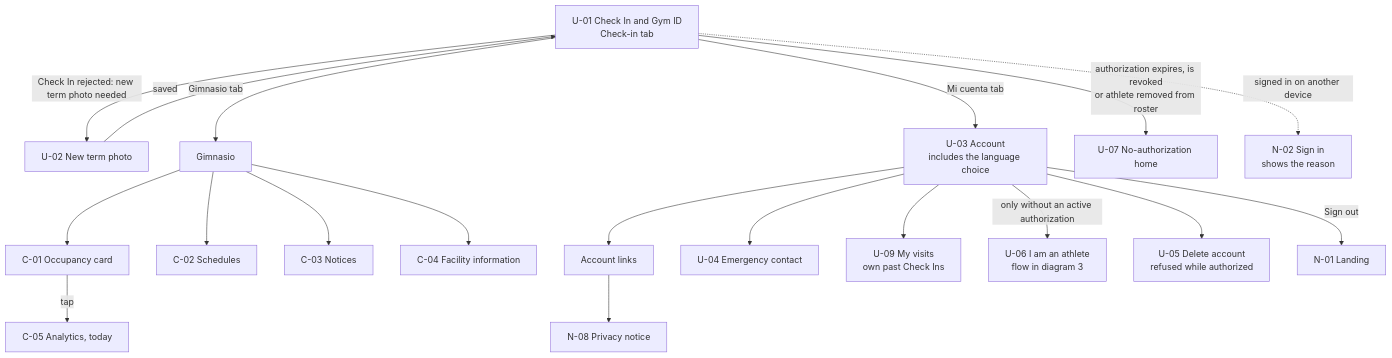
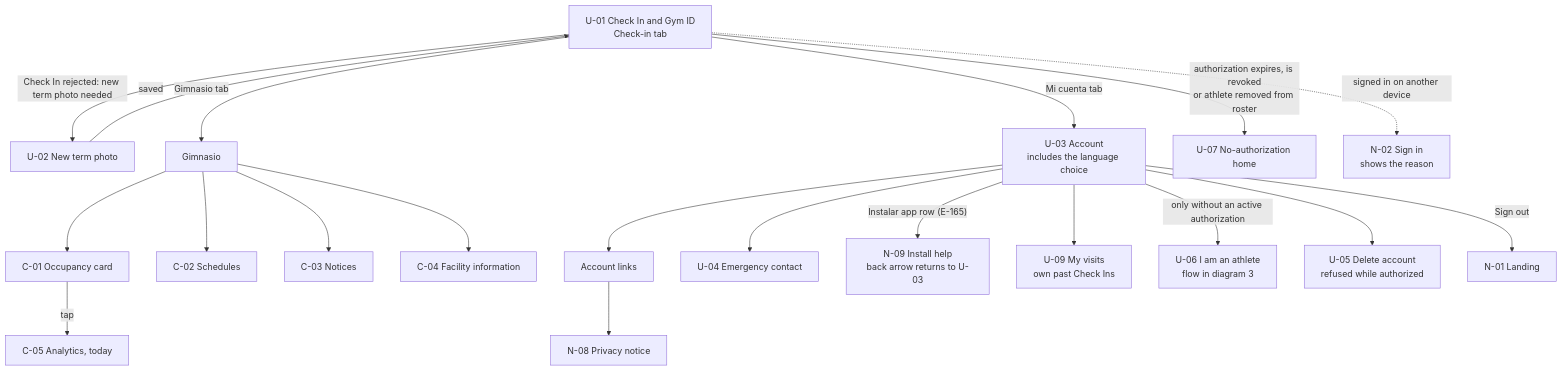
Before and after one commit to Th3-Minorities/natatorio-gym-app: the second of 7 diagrams in docs/design/screen-map.md, drawn with Mermaid. The commit also changed other lines of this file and 8 other files, not shown here.

Commit message:
Open N-09 from the Instalar app row in Mi cuenta as Figma draws it, and correct E-165, which said no menu links to N-09

````diff
--- a/docs/design/screen-map.md
+++ b/docs/design/screen-map.md
@@ -52,22 +52,23 @@
 ```mermaid
 flowchart TD
   U01["U-01 Check In and Gym ID<br/>Check-in tab"]
   U01 -->|"Check In rejected: new term photo needed"| U02["U-02 New term photo"]
   U02 -->|"saved"| U01
   U01 -->|"Gimnasio tab"| GYM["Gimnasio"]
   GYM --> C01["C-01 Occupancy card"]
   C01 -->|"tap"| C05["C-05 Analytics, today"]
   GYM --> C02["C-02 Schedules"]
   GYM --> C03["C-03 Notices"]
   GYM --> C04["C-04 Facility information"]
   U01 -->|"Mi cuenta tab"| U03["U-03 Account<br/>includes the language choice"]
   U03 --> MORE["Account links"]
   MORE --> N08["N-08 Privacy notice"]
   U03 --> U04["U-04 Emergency contact"]
+  U03 -->|"Instalar app row (E-165)"| N09["N-09 Install help<br/>back arrow returns to U-03"]
   U03 --> U09["U-09 My visits<br/>own past Check Ins"]
   U03 -->|"only without an active authorization"| U06["U-06 I am an athlete<br/>flow in diagram 3"]
   U03 --> U05["U-05 Delete account<br/>refused while authorized"]
   U03 -->|"Sign out"| N01["N-01 Landing"]
   U01 -->|"authorization expires, is revoked<br/>or athlete removed from roster"| U07["U-07 No-authorization home"]
   U01 -.->|"signed in on another device"| N02["N-02 Sign in<br/>shows the reason"]
 ```
````
